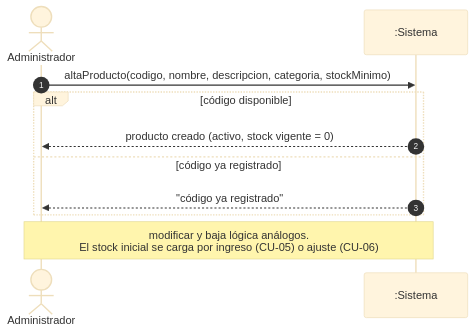
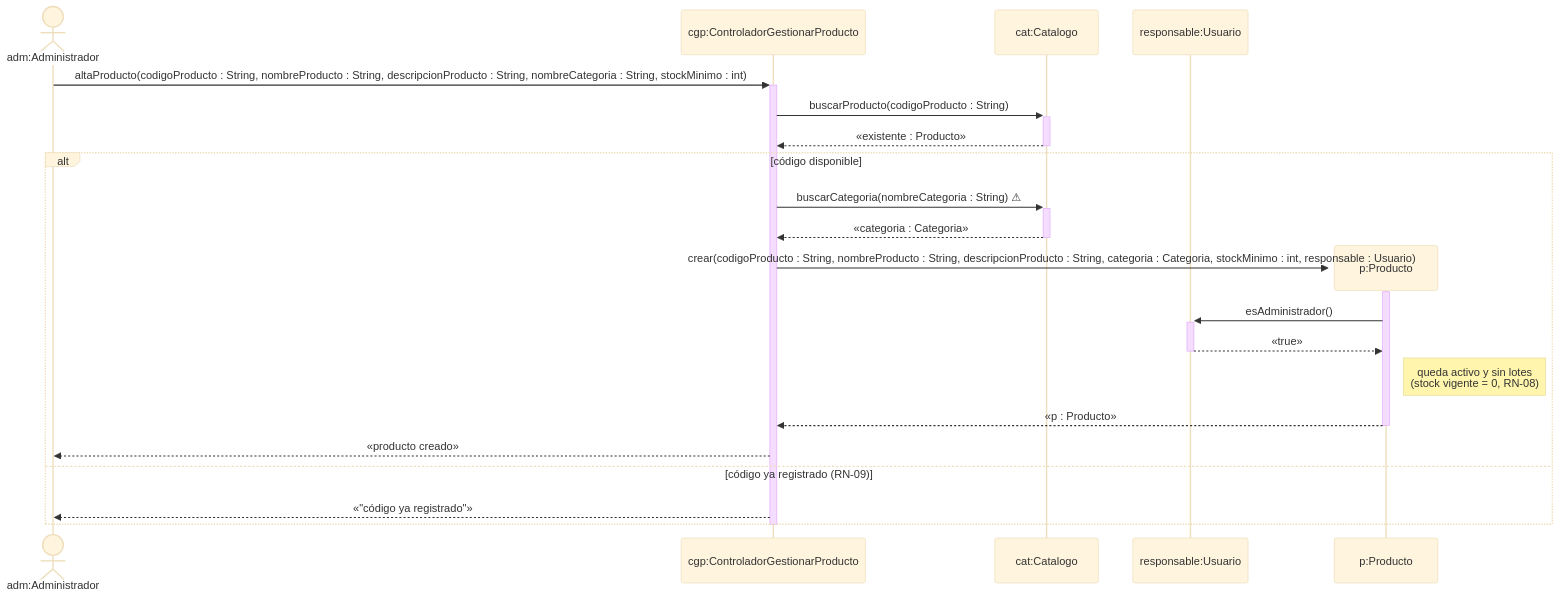
Before and after one commit to cirotop/Stock-Project: the sixth of 12 diagrams in 08-Diagrama De Secuencia/Diagramas_de_Secuencia.md, drawn with Mermaid (base theme). The commit also changed other lines of this file, not shown here.

````diff
--- a/08-Diagrama De Secuencia/Diagramas_de_Secuencia.md
+++ b/08-Diagrama De Secuencia/Diagramas_de_Secuencia.md
@@ -62,13 +162,25 @@
 ```mermaid
 sequenceDiagram
-    autonumber
-    actor A as Administrador
-    participant S as :Sistema
-    A->>S: altaProducto(codigo, nombre, descripcion, categoria, stockMinimo)
+    actor adm as adm:Administrador
+    participant cgp as cgp:ControladorGestionarProducto
+    participant cat as cat:Catalogo
+    participant resp as responsable:Usuario
+
+    adm->>+cgp: altaProducto(codigoProducto : String, nombreProducto : String, descripcionProducto : String, nombreCategoria : String, stockMinimo : int)
+    cgp->>+cat: buscarProducto(codigoProducto : String)
+    cat-->>-cgp: «existente : Producto»
     alt código disponible
-        S-->>A: producto creado (activo, stock vigente = 0)
-    else código ya registrado
-        S-->>A: "código ya registrado"
+        cgp->>+cat: buscarCategoria(nombreCategoria : String) ⚠
+        cat-->>-cgp: «categoria : Categoria»
+        create participant p as p:Producto
+        cgp->>+p: crear(codigoProducto : String, nombreProducto : String, descripcionProducto : String, categoria : Categoria, stockMinimo : int, responsable : Usuario)
+        p->>+resp: esAdministrador()
+        resp-->>-p: «true»
+        Note right of p: queda activo y sin lotes<br/>(stock vigente = 0, RN-08)
+        p-->>-cgp: «p : Producto»
+        cgp-->>adm: «producto creado»
+    else código ya registrado (RN-09)
+        cgp-->>adm: «"código ya registrado"»
     end
-    Note over A,S: modificar y baja lógica análogos.<br/>El stock inicial se carga por ingreso (CU-05) o ajuste (CU-06)
+    deactivate cgp
 ```
````
